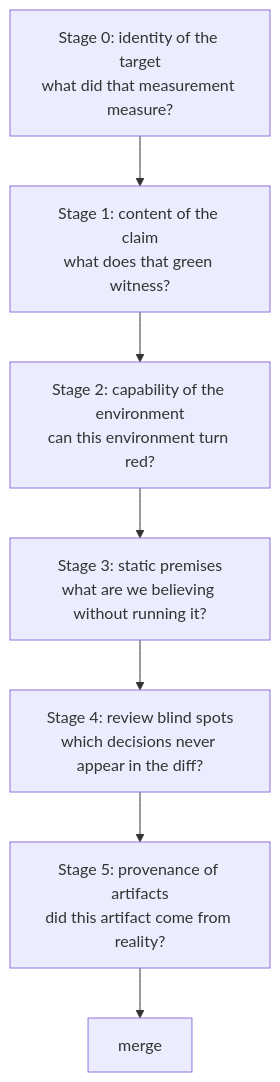
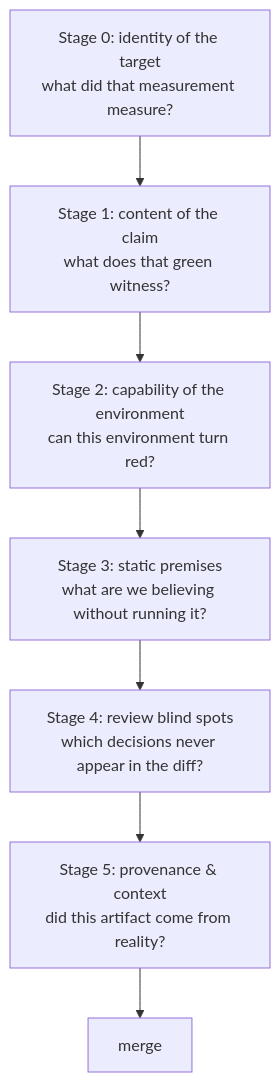
Before and after one commit to tya5/reyn-knowledge: the diagram in docs/verification/index.md, drawn with Mermaid. The commit also changed other lines of this file and 10 other files, not shown here.

````diff
--- a/docs/verification/index.md
+++ b/docs/verification/index.md
@@ -19,9 +19,9 @@
 ```mermaid
 flowchart TD
     S0["Stage 0: identity of the target<br/>what did that measurement measure?"] --> S1
     S1["Stage 1: content of the claim<br/>what does that green witness?"] --> S2
     S2["Stage 2: capability of the environment<br/>can this environment turn red?"] --> S3
     S3["Stage 3: static premises<br/>what are we believing without running it?"] --> S4
     S4["Stage 4: review blind spots<br/>which decisions never appear in the diff?"] --> S5
-    S5["Stage 5: provenance of artifacts<br/>did this artifact come from reality?"] --> M["merge"]
+    S5["Stage 5: provenance & context<br/>did this artifact come from reality?"] --> M["merge"]
 ```
````
